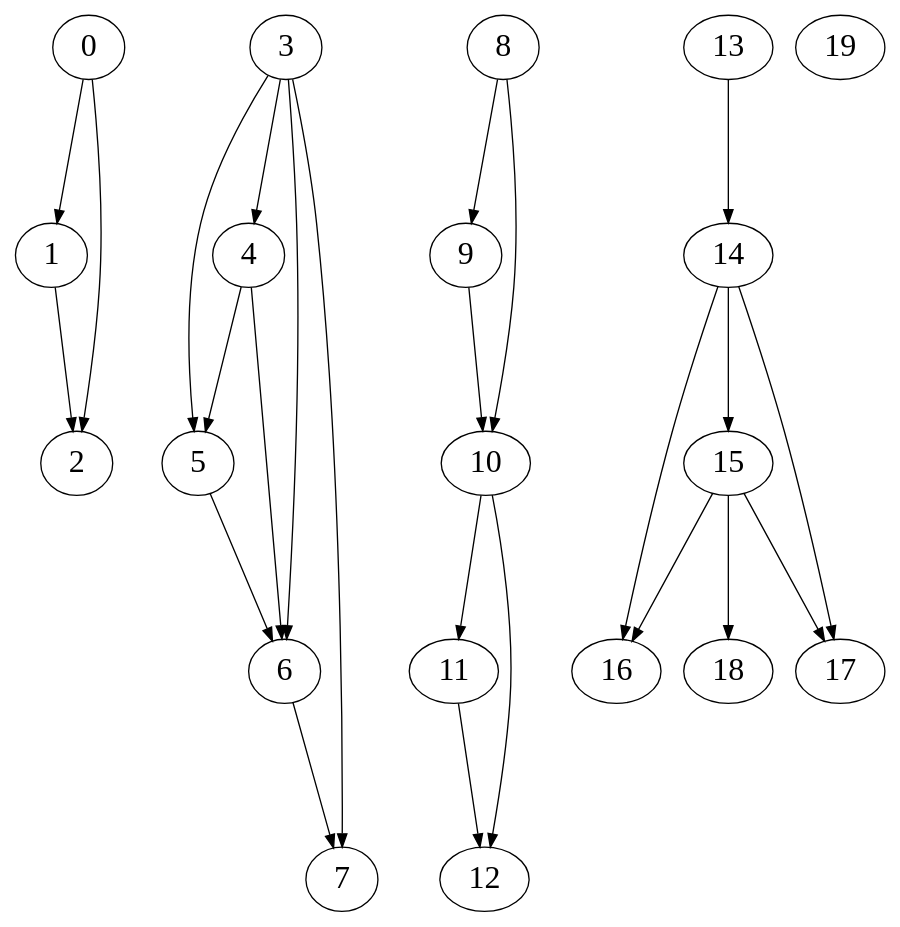
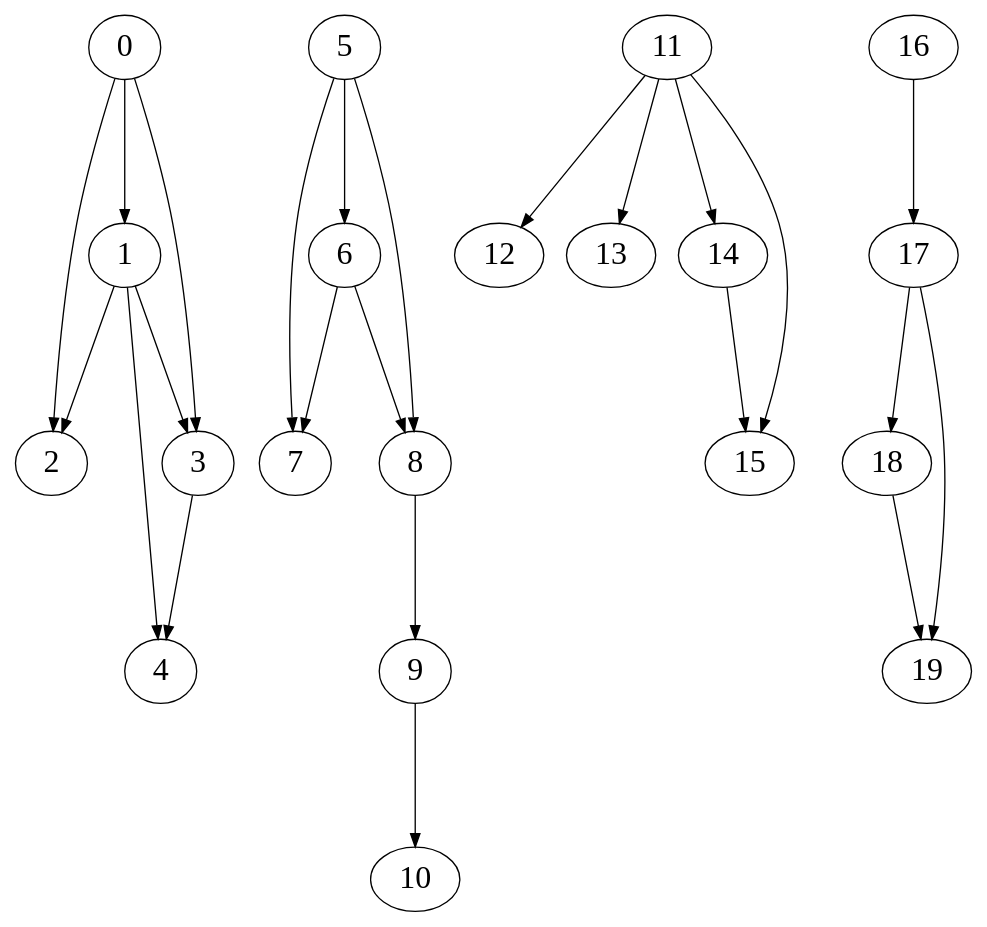
One commit to CatherineFish/CPPPrac2021 changed the diagram in SimulatedAnnealing/forGraph.dot. Above: the diagram before and after it, drawn with Graphviz. The commit also changed 8 other files, not shown here.

```diff
--- a/SimulatedAnnealing/forGraph.dot
+++ b/SimulatedAnnealing/forGraph.dot
@@ -1,27 +1,27 @@
 digraph G {
     graph [fontsize=24]
     edge [fontsize=24]
     node [fontsize=24]
     ranksep = 1.5
     nodesep = .25
-    0 -> { 1 2 };
-    1 -> { 2 };
+    0 -> { 1 2 3 };
+    1 -> { 2 3 4 };
     2 -> { };
-    3 -> { 4 5 6 7 };
-    4 -> { 5 6 };
-    5 -> { 6 };
-    6 -> { 7 };
+    3 -> { 4 };
+    4 -> { };
+    5 -> { 6 7 8 };
+    6 -> { 7 8 };
     7 -> { };
-    8 -> { 9 10 };
+    8 -> { 9 };
     9 -> { 10 };
-    10 -> { 11 12 };
-    11 -> { 12 };
+    10 -> { };
+    11 -> { 12 13 14 15 };
     12 -> { };
-    13 -> { 14 };
-    14 -> { 15 16 17 };
-    15 -> { 16 17 18 };
-    16 -> { };
-    17 -> { };
-    18 -> { };
+    13 -> { };
+    14 -> { 15 };
+    15 -> { };
+    16 -> { 17 };
+    17 -> { 18 19 };
+    18 -> { 19 };
     19 -> { };
 }
```
